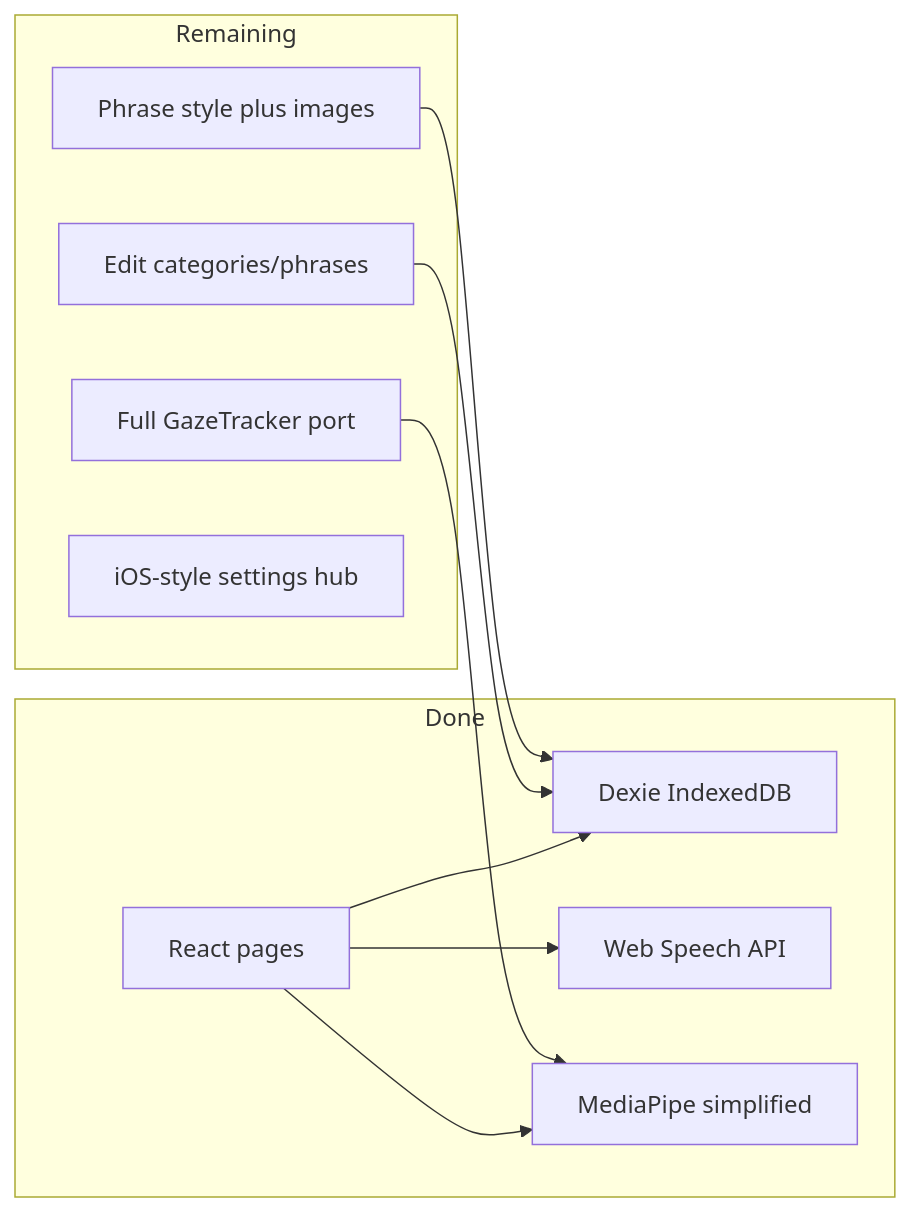
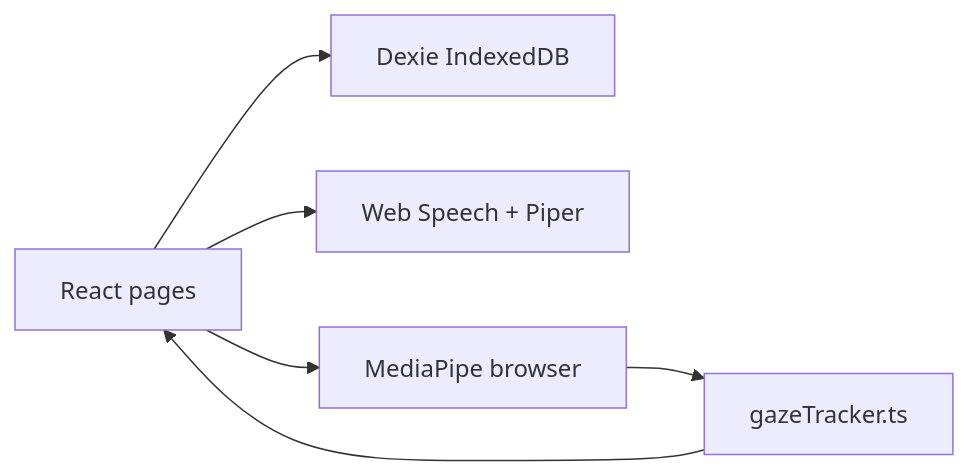
One commit to grahamthetvi/Switch2GO_AAC_iPadOS changed the diagram in .cursor/plans/web_remaining_work.plan.md. Above: the diagram before and after it, drawn with Mermaid. The commit also changed other lines of this file and 19 other files, not shown here.

````diff
--- a/.cursor/plans/web_remaining_work.plan.md
+++ b/.cursor/plans/web_remaining_work.plan.md
@@ -58,21 +100,13 @@
 ```mermaid
 flowchart LR
-  subgraph done [Done]
-    UI[React pages]
-    DB[Dexie IndexedDB]
-    TTS[Web Speech API]
-    MP[MediaPipe simplified]
-  end
-  subgraph todo [Remaining]
-    CRUD[Edit categories/phrases]
-    Style[Phrase style plus images]
-    GazeFull[Full GazeTracker port]
-    SettingsNav[iOS-style settings hub]
-  end
+  UI[React pages]
+  DB[Dexie IndexedDB]
+  TTS[Web Speech + Piper]
+  MP[MediaPipe browser]
+  Gaze[gazeTracker.ts]
   UI --> DB
   UI --> TTS
   UI --> MP
-  CRUD --> DB
-  Style --> DB
-  GazeFull --> MP
+  MP --> Gaze
+  Gaze --> UI
 ```
````
